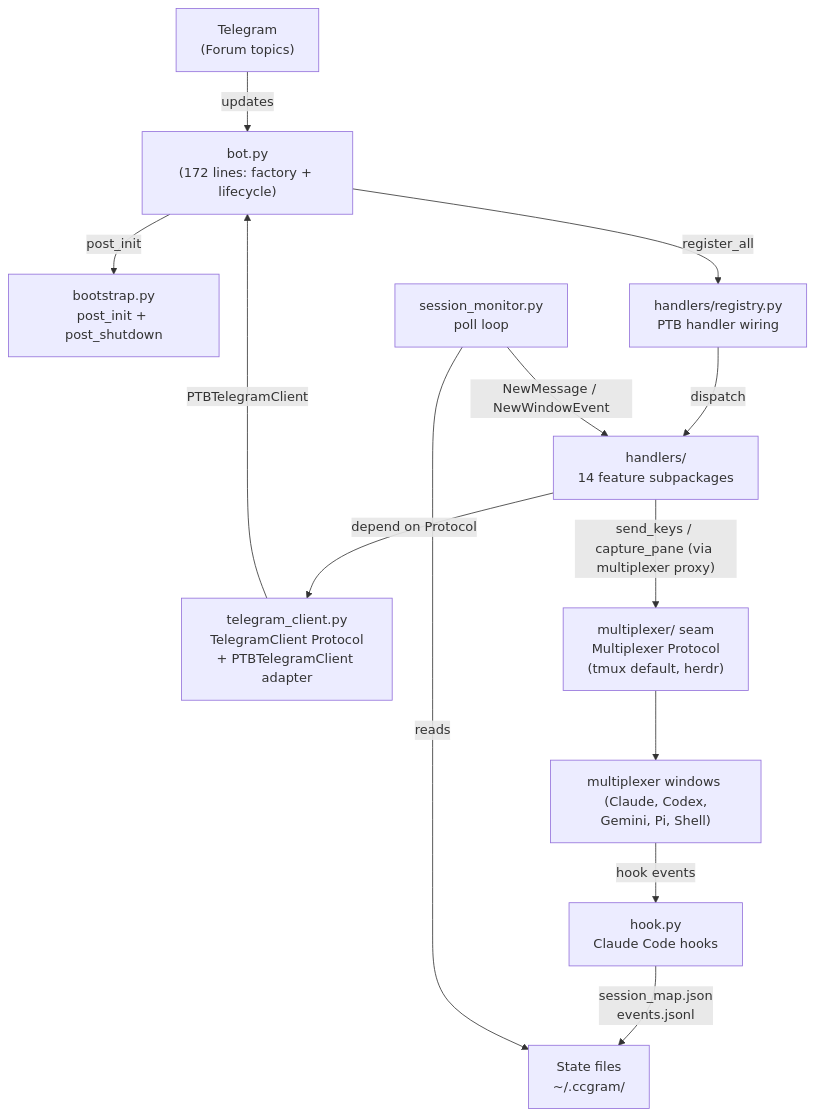
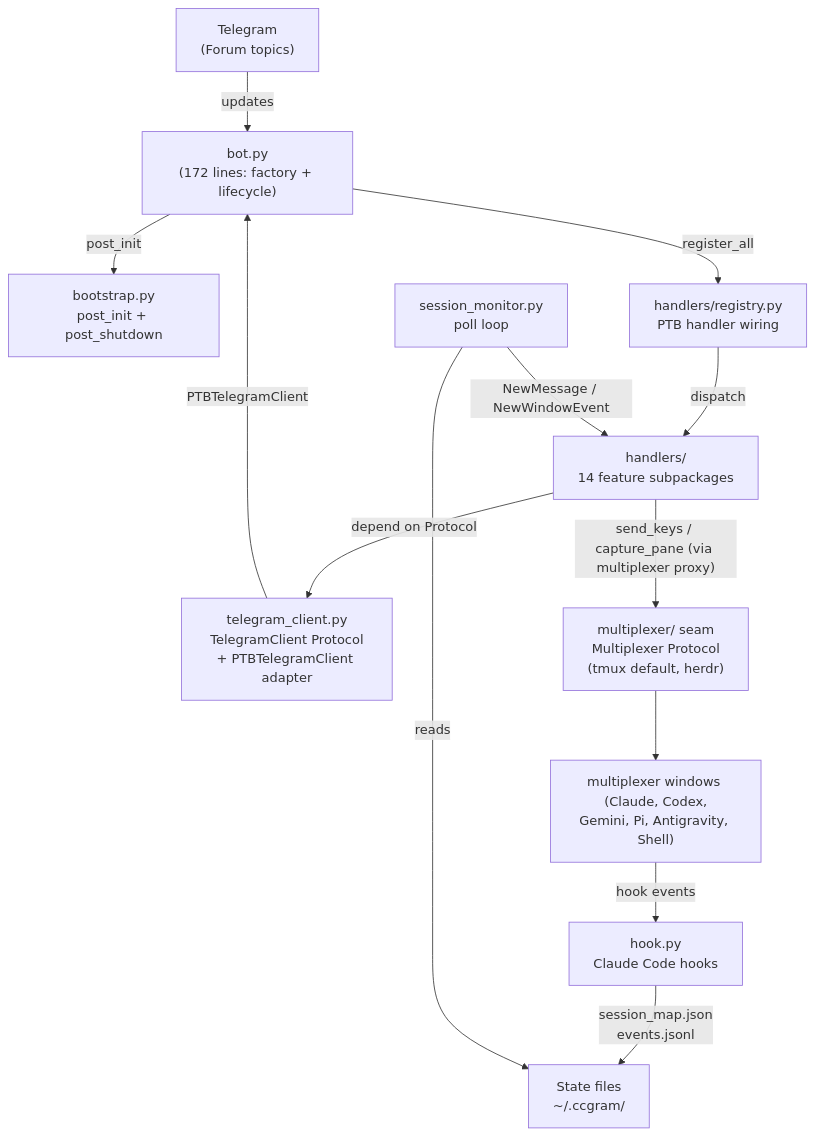
Before and after one commit to alexei-led/ccgram: the first of 8 diagrams in docs/architecture.md, drawn with Mermaid. The commit also changed other lines of this file and 5 other files, not shown here.

````diff
--- a/docs/architecture.md
+++ b/docs/architecture.md
@@ -13,27 +13,27 @@
 ```mermaid
 graph TB
     Telegram["Telegram<br>(Forum topics)"]
     Bot["bot.py<br>(172 lines: factory + lifecycle)"]
     Bootstrap["bootstrap.py<br>post_init + post_shutdown"]
     Registry["handlers/registry.py<br>PTB handler wiring"]
     TC["telegram_client.py<br>TelegramClient Protocol<br>+ PTBTelegramClient adapter"]
     Handlers["handlers/<br>14 feature subpackages"]
     TmuxMgr["multiplexer/ seam <br> Multiplexer Protocol <br> (tmux default, herdr)"]
-    Windows["multiplexer windows <br> (Claude, Codex, Gemini, Pi, Shell)"]
+    Windows["multiplexer windows <br> (Claude, Codex, Gemini, Pi, Antigravity, Shell)"]
     Hook["hook.py<br>Claude Code hooks"]
     Monitor["session_monitor.py<br>poll loop"]
     State["State files<br>~/.ccgram/"]
 
     Telegram -- "updates" --> Bot
     Bot -- "post_init" --> Bootstrap
     Bot -- "register_all" --> Registry
     Registry -- "dispatch" --> Handlers
     Handlers -- "depend on Protocol" --> TC
     TC -- "PTBTelegramClient" --> Bot
     Handlers -- "send_keys / capture_pane (via multiplexer proxy)" --> TmuxMgr
     TmuxMgr --> Windows
     Windows -- "hook events" --> Hook
     Hook -- "session_map.json<br>events.jsonl" --> State
     Monitor -- "reads" --> State
     Monitor -- "NewMessage / NewWindowEvent" --> Handlers
 ```
````
